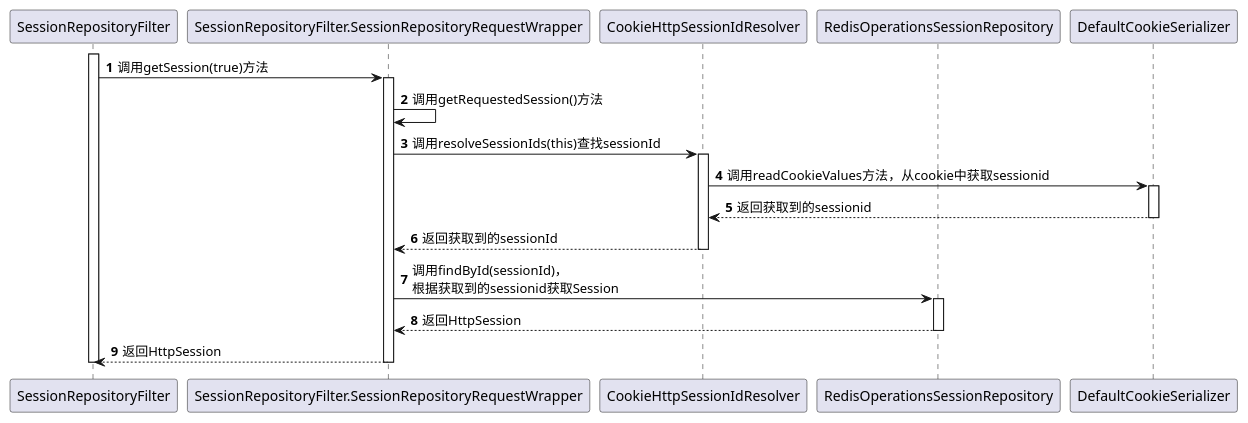
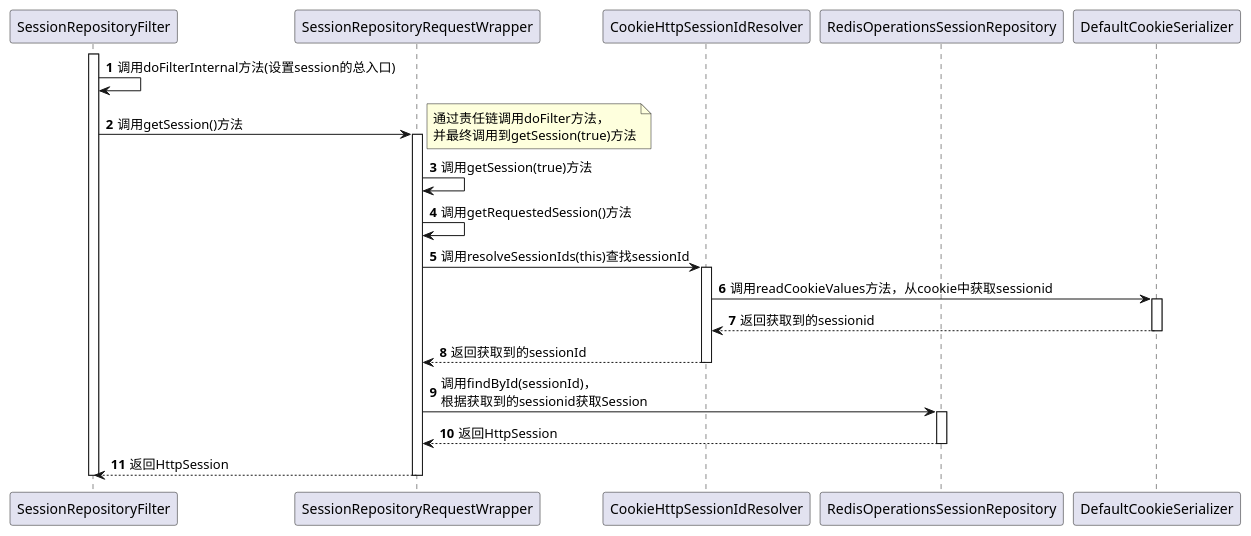
Before and after one commit to XWxiaowei/spring-boot-session-demo: the diagram in src/main/doc/从cookie中读取sessionid的过程.puml, drawn with PlantUML. The commit also changed 1 other file, not shown here.

```diff
--- a/src/main/doc/从cookie中读取sessionid的过程.puml
+++ b/src/main/doc/从cookie中读取sessionid的过程.puml
@@ -1,28 +1,31 @@
 @startuml
 participant SessionRepositoryFilter
-participant SessionRepositoryFilter.SessionRepositoryRequestWrapper
+participant SessionRepositoryRequestWrapper
 participant CookieHttpSessionIdResolver
 participant RedisOperationsSessionRepository
 participant DefaultCookieSerializer
 
 autonumber
 activate SessionRepositoryFilter
-SessionRepositoryFilter -> SessionRepositoryFilter.SessionRepositoryRequestWrapper: 调用getSession(true)方法
-activate SessionRepositoryFilter.SessionRepositoryRequestWrapper
-SessionRepositoryFilter.SessionRepositoryRequestWrapper -> SessionRepositoryFilter.SessionRepositoryRequestWrapper: 调用getRequestedSession()方法
-SessionRepositoryFilter.SessionRepositoryRequestWrapper -> CookieHttpSessionIdResolver: 调用resolveSessionIds(this)查找sessionId
+SessionRepositoryFilter -> SessionRepositoryFilter: 调用doFilterInternal方法(设置session的总入口)
+SessionRepositoryFilter -> SessionRepositoryRequestWrapper: 调用getSession()方法
+activate SessionRepositoryRequestWrapper
+note right: 通过责任链调用doFilter方法，\n并最终调用到getSession(true)方法
+SessionRepositoryRequestWrapper -> SessionRepositoryRequestWrapper: 调用getSession(true)方法
+SessionRepositoryRequestWrapper -> SessionRepositoryRequestWrapper: 调用getRequestedSession()方法
+SessionRepositoryRequestWrapper -> CookieHttpSessionIdResolver: 调用resolveSessionIds(this)查找sessionId
 activate CookieHttpSessionIdResolver
 CookieHttpSessionIdResolver ->DefaultCookieSerializer:调用readCookieValues方法，从cookie中获取sessionid
 activate DefaultCookieSerializer
 DefaultCookieSerializer -->CookieHttpSessionIdResolver:返回获取到的sessionid
 deactivate DefaultCookieSerializer
-CookieHttpSessionIdResolver --> SessionRepositoryFilter.SessionRepositoryRequestWrapper: 返回获取到的sessionId
+CookieHttpSessionIdResolver --> SessionRepositoryRequestWrapper: 返回获取到的sessionId
 deactivate CookieHttpSessionIdResolver
-SessionRepositoryFilter.SessionRepositoryRequestWrapper -> RedisOperationsSessionRepository: 调用findById(sessionId)，\n根据获取到的sessionid获取Session
+SessionRepositoryRequestWrapper -> RedisOperationsSessionRepository: 调用findById(sessionId)，\n根据获取到的sessionid获取Session
 activate RedisOperationsSessionRepository
-RedisOperationsSessionRepository --> SessionRepositoryFilter.SessionRepositoryRequestWrapper:返回HttpSession
+RedisOperationsSessionRepository --> SessionRepositoryRequestWrapper:返回HttpSession
 deactivate RedisOperationsSessionRepository
-SessionRepositoryFilter.SessionRepositoryRequestWrapper --> SessionRepositoryFilter:返回HttpSession
-deactivate SessionRepositoryFilter.SessionRepositoryRequestWrapper
+SessionRepositoryRequestWrapper --> SessionRepositoryFilter:返回HttpSession
+deactivate SessionRepositoryRequestWrapper
 deactivate SessionRepositoryFilter
 @enduml
```
